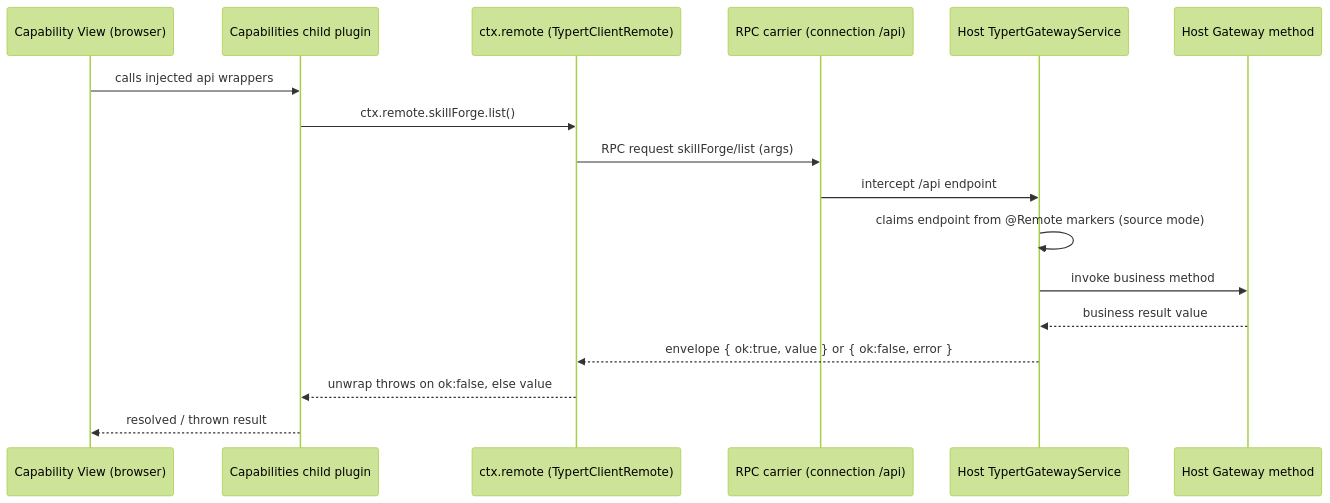
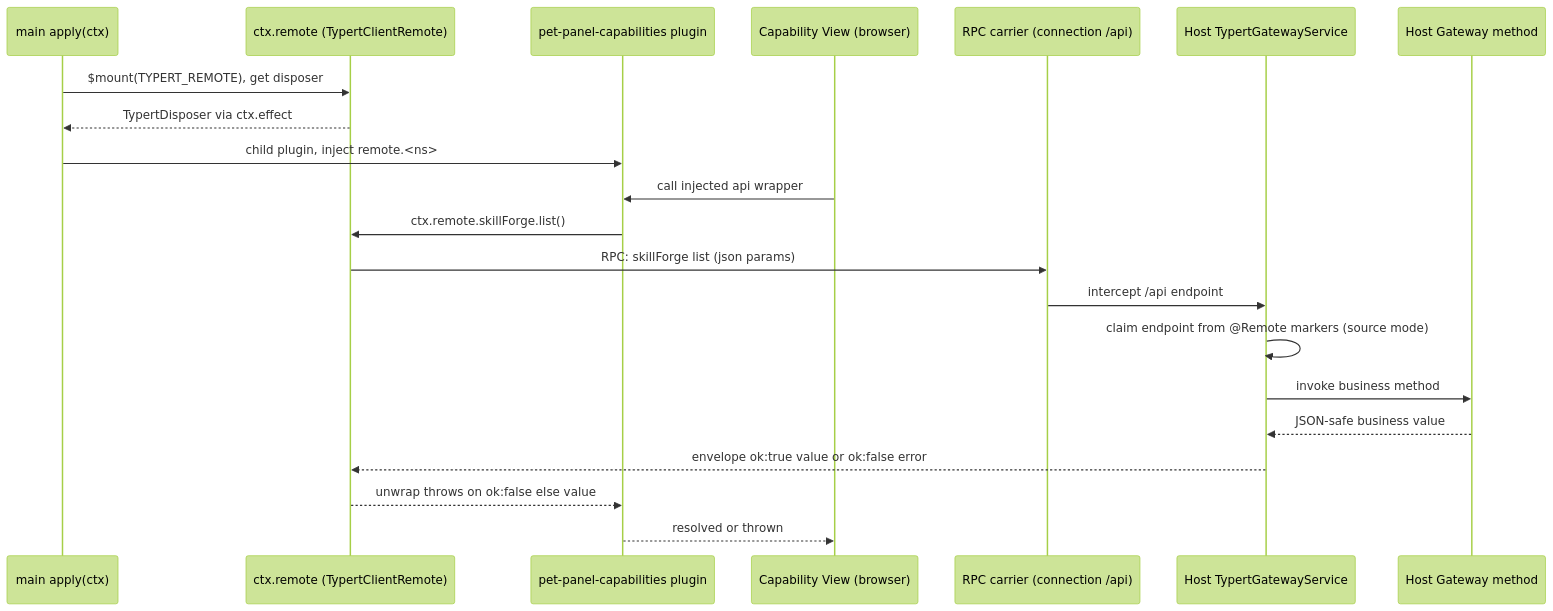
Before and after one commit to zw11591-sketch/dsh-pet-panel: the diagram in openwiki/architecture/typert-remote-bridge.md, drawn with Mermaid (forest theme). The commit also changed other lines of this file and 53 other files, not shown here.

````diff
--- a/openwiki/architecture/typert-remote-bridge.md
+++ b/openwiki/architecture/typert-remote-bridge.md
@@ -23,20 +23,24 @@
 ```mermaid
 sequenceDiagram
+    participant Main as main apply(ctx)
+    participant ClientRemote as ctx.remote (TypertClientRemote)
+    participant CapCtx as pet-panel-capabilities plugin
     participant View as Capability View (browser)
-    participant CapCtx as Capabilities child plugin
-    participant ClientRemote as ctx.remote (TypertClientRemote)
     participant Carrier as RPC carrier (connection /api)
     participant Gateway as Host TypertGatewayService
     participant GW as Host Gateway method
 
-    View->>CapCtx: calls injected api wrappers
+    Main->>ClientRemote: $mount(TYPERT_REMOTE), get disposer
+    ClientRemote-->>Main: TypertDisposer via ctx.effect
+    Main->>CapCtx: child plugin, inject remote.<ns>
+    View->>CapCtx: call injected api wrapper
     CapCtx->>ClientRemote: ctx.remote.skillForge.list()
-    ClientRemote->>Carrier: RPC request skillForge/list (args)
+    ClientRemote->>Carrier: RPC: skillForge list (json params)
     Carrier->>Gateway: intercept /api endpoint
-    Gateway->>Gateway: claims endpoint from @Remote markers (source mode)
+    Gateway->>Gateway: claim endpoint from @Remote markers (source mode)
     Gateway->>GW: invoke business method
-    GW-->>Gateway: business result value
-    Gateway-->>ClientRemote: envelope { ok:true, value } or { ok:false, error }
-    ClientRemote-->>CapCtx: unwrap throws on ok:false, else value
-    CapCtx-->>View: resolved / thrown result
+    GW-->>Gateway: JSON-safe business value
+    Gateway-->>ClientRemote: envelope ok:true value or ok:false error
+    ClientRemote-->>CapCtx: unwrap throws on ok:false else value
+    CapCtx-->>View: resolved or thrown
 ```
````
